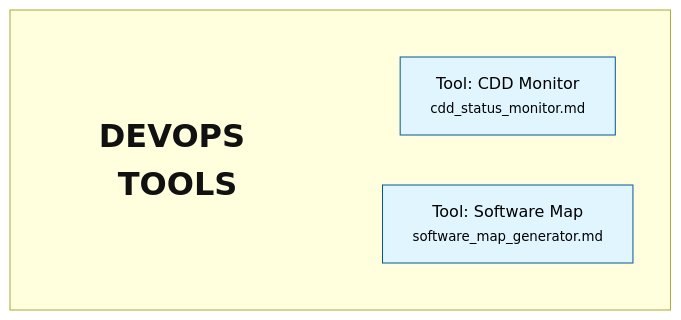
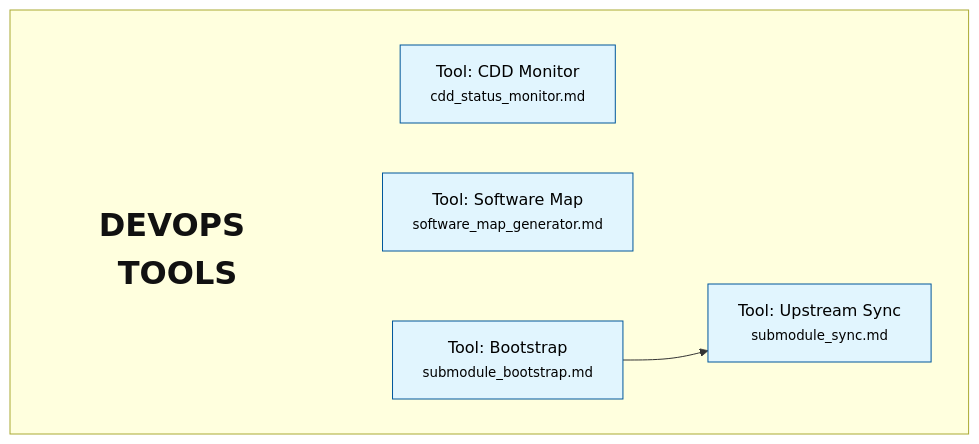
The diagram in README.md (rlabarca/agentic-dev-core), drawn with Mermaid before and after one commit. The commit also changed other lines of this file and 19 other files, not shown here.

First line of the commit message:
arch: Submodule-ready layered instruction architecture (v2.0.0)

````diff
--- a/README.md
+++ b/README.md
@@ -54,25 +117,30 @@
 ```mermaid
 flowchart TD
 
 
     subgraph DevOps_Tools [" "]
         title_DevOps_Tools["DEVOPS TOOLS"]
         cdd_status_monitor["Tool: CDD Monitor<br/><small>cdd_status_monitor.md</small>"]
         title_DevOps_Tools ~~~ cdd_status_monitor
         software_map_generator["Tool: Software Map<br/><small>software_map_generator.md</small>"]
         title_DevOps_Tools ~~~ software_map_generator
+        submodule_bootstrap["Tool: Bootstrap<br/><small>submodule_bootstrap.md</small>"]
+        title_DevOps_Tools ~~~ submodule_bootstrap
+        submodule_sync["Tool: Upstream Sync<br/><small>submodule_sync.md</small>"]
+        title_DevOps_Tools ~~~ submodule_sync
     end
 
     %% Relationships
+    submodule_bootstrap --> submodule_sync
 
     %% Styling Definitions
     classDef default fill:#e1f5fe,stroke:#01579b,stroke-width:1px,color:black;
     classDef release fill:#f96,stroke:#333,stroke-width:2px,color:black,font-weight:bold;
     classDef hardware fill:#e8f5e9,stroke:#2e7d32,stroke-width:1px,color:black;
     classDef ui fill:#f3e5f5,stroke:#7b1fa2,stroke-width:1px,color:black;
     classDef process fill:#f1f8e9,stroke:#558b2f,stroke-width:1px,color:black;
     classDef subgraphTitle fill:none,stroke:none,color:#111,font-size:32px,font-weight:bold;
 
     %% Style Applications
     class title_DevOps_Tools subgraphTitle;
 ```
````
